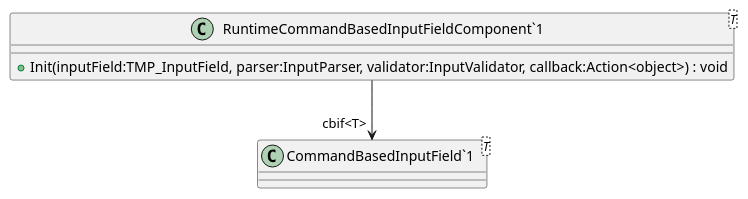
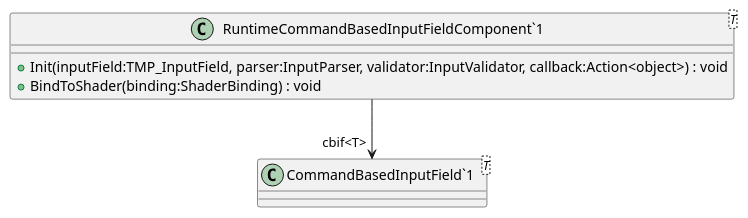
One commit to streepje8/ToolDev2023 changed the diagram in UML/CommandBasedComponents/SupportingScripts/RuntimeCommandBasedInputFieldComponent.puml. Above: the diagram before and after it, drawn with PlantUML. The commit also changed 13 other files, not shown here.

Commit message:
Generate UML (Generate UML)

```diff
--- a/UML/CommandBasedComponents/SupportingScripts/RuntimeCommandBasedInputFieldComponent.puml
+++ b/UML/CommandBasedComponents/SupportingScripts/RuntimeCommandBasedInputFieldComponent.puml
@@ -1,8 +1,9 @@
 @startuml
 class "RuntimeCommandBasedInputFieldComponent`1"<T> {
     + Init(inputField:TMP_InputField, parser:InputParser, validator:InputValidator, callback:Action<object>) : void
+    + BindToShader(binding:ShaderBinding) : void
 }
 class "CommandBasedInputField`1"<T> {
 }
 "RuntimeCommandBasedInputFieldComponent`1" --> "cbif<T>" "CommandBasedInputField`1"
 @enduml
```
